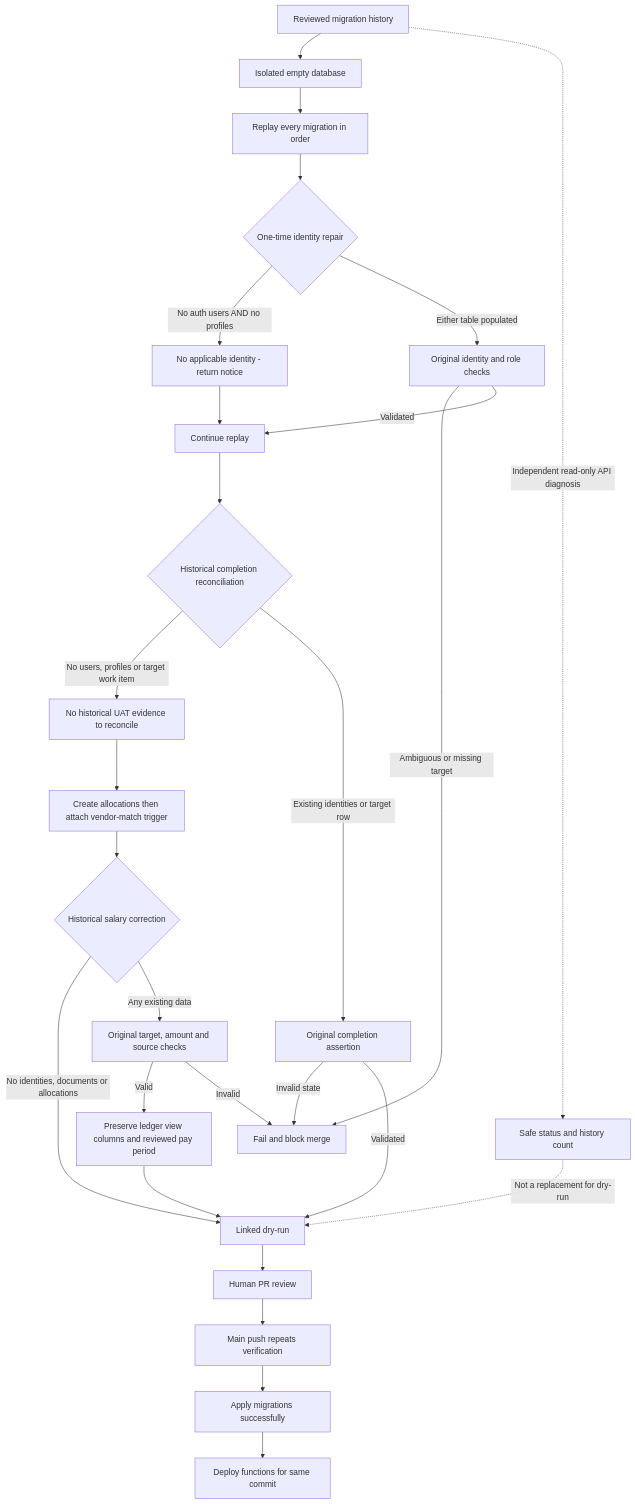
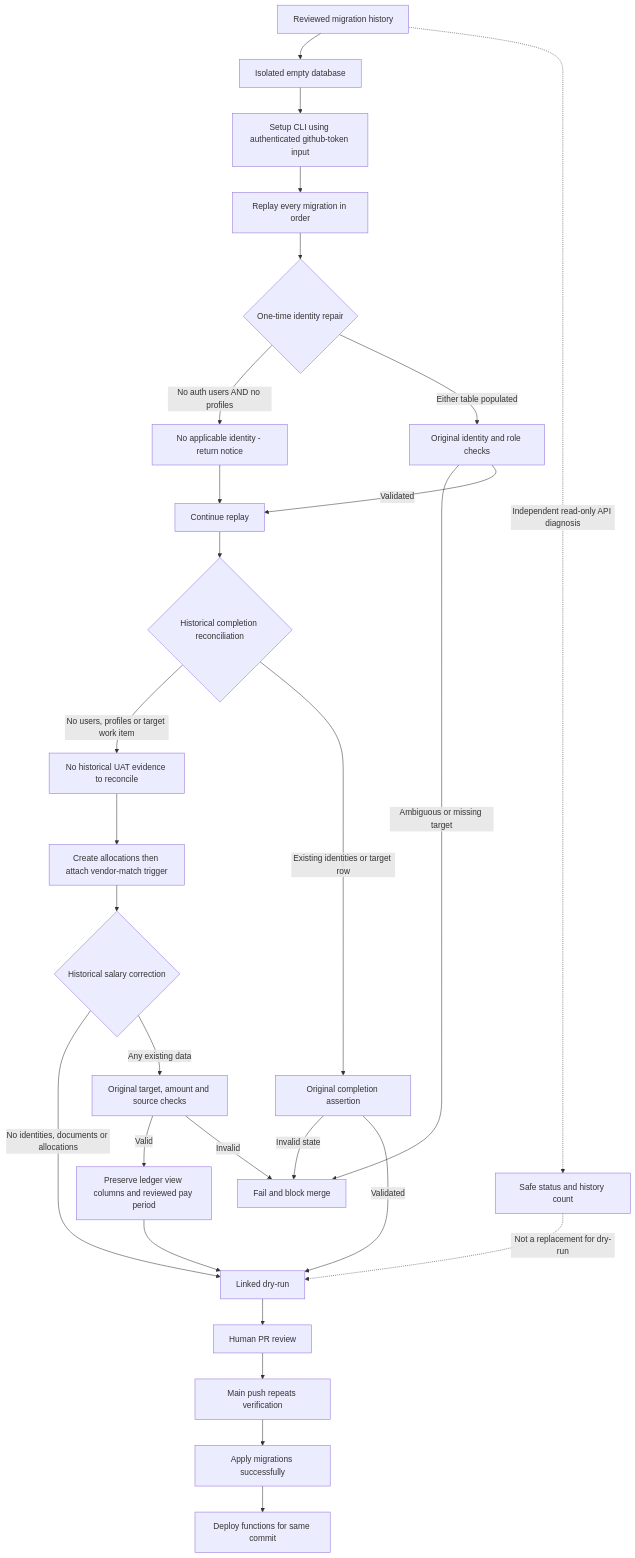
The diagram in docs/SUPABASE_REPLAY_FLOW.md (paramonjong-afk/WisdomAI), drawn with Mermaid before and after one commit. The commit also changed other lines of this file and 5 other files, not shown here.

Commit message:
fix(SYS-CICD-001): pass CLI release lookup token through action input

````diff
--- a/docs/SUPABASE_REPLAY_FLOW.md
+++ b/docs/SUPABASE_REPLAY_FLOW.md
@@ -1,29 +1,30 @@
 ```mermaid
 flowchart TD
   A[Reviewed migration history] --> B[Isolated empty database]
-  B --> C[Replay every migration in order]
+  B --> V[Setup CLI using authenticated github-token input]
+  V --> C[Replay every migration in order]
   C --> D{One-time identity repair}
   D -->|No auth users AND no profiles| E[No applicable identity - return notice]
   D -->|Either table populated| F[Original identity and role checks]
   F -->|Ambiguous or missing target| G[Fail and block merge]
   E --> H[Continue replay]
   F -->|Validated| H
   H --> K{Historical completion reconciliation}
   K -->|No users, profiles or target work item| L[No historical UAT evidence to reconcile]
   K -->|Existing identities or target row| M[Original completion assertion]
   M -->|Invalid state| G
   M -->|Validated| I[Linked dry-run]
   L --> N[Create allocations then attach vendor-match trigger]
   N --> O{Historical salary correction}
   O -->|No identities, documents or allocations| I
   O -->|Any existing data| P[Original target, amount and source checks]
   P -->|Valid| Q[Preserve ledger view columns and reviewed pay period]
   Q --> I
   P -->|Invalid| G
   I --> J[Human PR review]
   J --> R[Main push repeats verification]
   R --> S[Apply migrations successfully]
   S --> T[Deploy functions for same commit]
   A -. Independent read-only API diagnosis .-> U[Safe status and history count]
   U -. Not a replacement for dry-run .-> I
 ```
````
